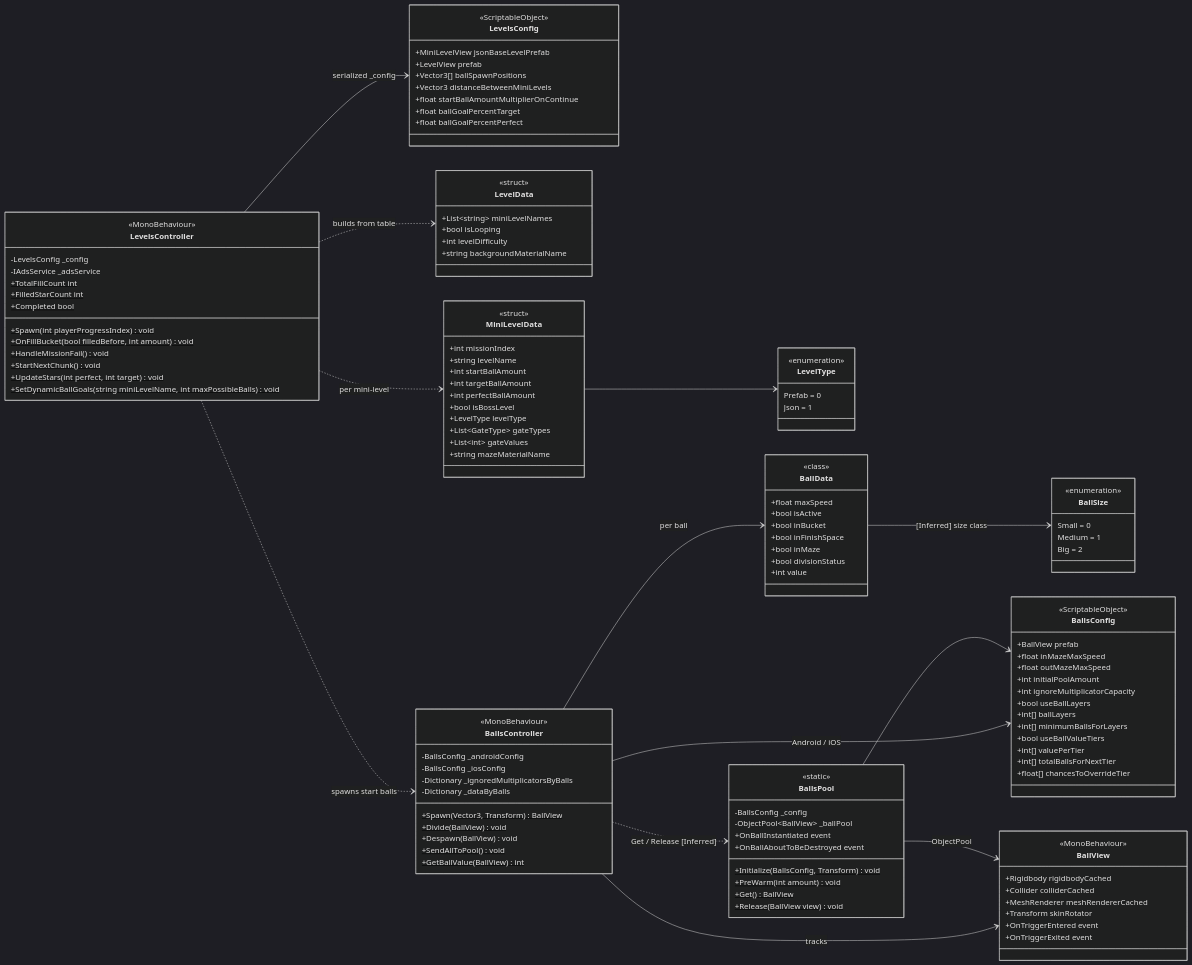
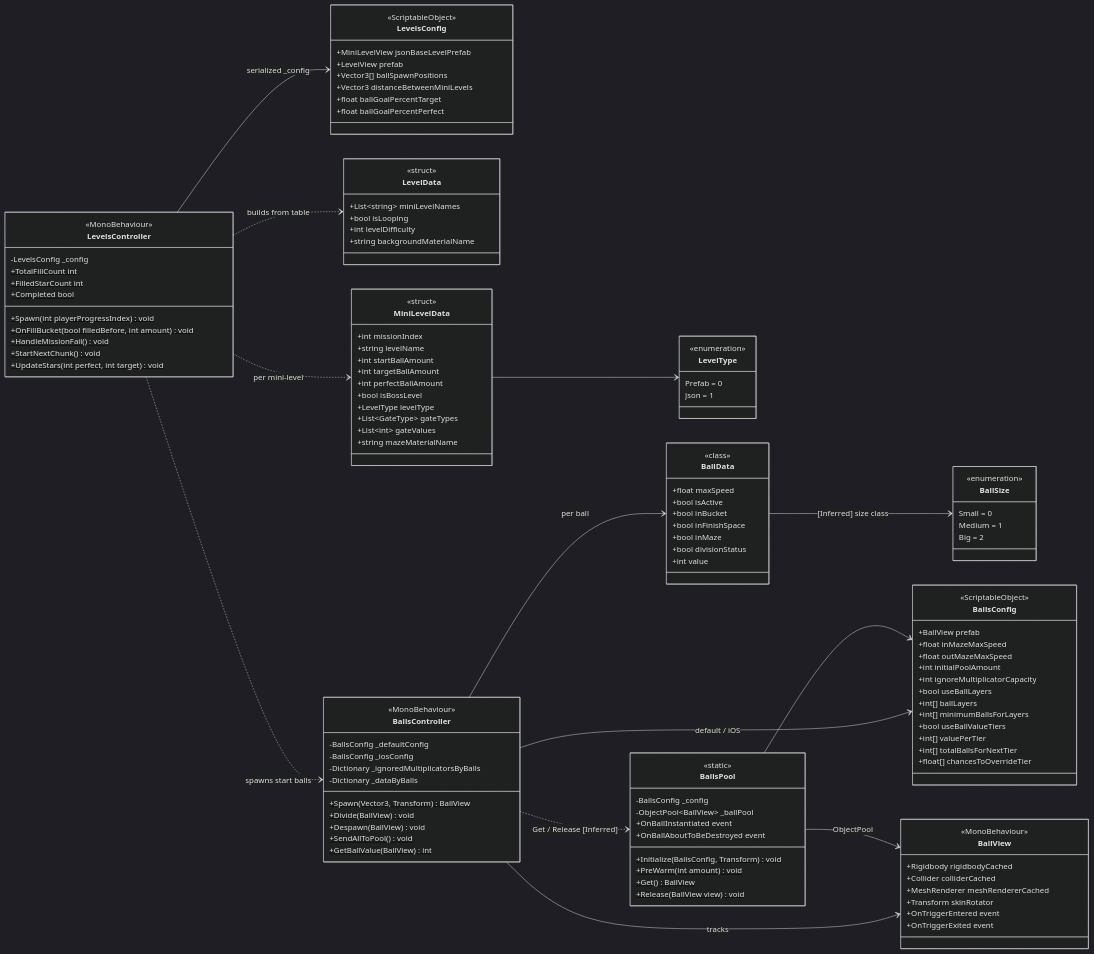
One commit to PhoenixNest/AGENT-PLAYGROUND changed the first of 5 diagrams in games/clone-bucket/docs/05_UML_DIAGRAMS_AND_SCHEMATICS.md. Above: the diagram before and after it, drawn with Mermaid (dark theme). The commit also changed other lines of this file and 6985 other files, not shown here.

```diff
--- a/games/clone-bucket/docs/05_UML_DIAGRAMS_AND_SCHEMATICS.md
+++ b/games/clone-bucket/docs/05_UML_DIAGRAMS_AND_SCHEMATICS.md
@@ -19,13 +19,11 @@
     class LevelsController {
         <<MonoBehaviour>>
         -LevelsConfig _config
-        -IAdsService _adsService
         +Spawn(int playerProgressIndex)$ void
         +OnFillBucket(bool filledBefore, int amount)$ void
         +HandleMissionFail()$ void
         +StartNextChunk()$ void
         +UpdateStars(int perfect, int target)$ void
-        +SetDynamicBallGoals(string miniLevelName, int maxPossibleBalls)$ void
         +TotalFillCount int$
         +FilledStarCount int$
         +Completed bool$
@@ -37,7 +35,6 @@
         +LevelView prefab
         +Vector3[] ballSpawnPositions
         +Vector3 distanceBetweenMiniLevels
-        +float startBallAmountMultiplierOnContinue
         +float ballGoalPercentTarget
         +float ballGoalPercentPerfect
     }
@@ -100,7 +97,7 @@
 
     class BallsController {
         <<MonoBehaviour>>
-        -BallsConfig _androidConfig
+        -BallsConfig _defaultConfig
         -BallsConfig _iosConfig
         -Dictionary _ignoredMultiplicatorsByBalls
         -Dictionary _dataByBalls
@@ -144,7 +141,7 @@
     LevelsController ..> MiniLevelData : per mini-level
     MiniLevelData --> LevelType
     LevelsController ..> BallsController : spawns start balls
-    BallsController --> BallsConfig : Android / iOS
+    BallsController --> BallsConfig : default / iOS
     BallsController --> BallData : per ball
     BallsController --> BallView : tracks
     BallsPool --> BallsConfig
```
